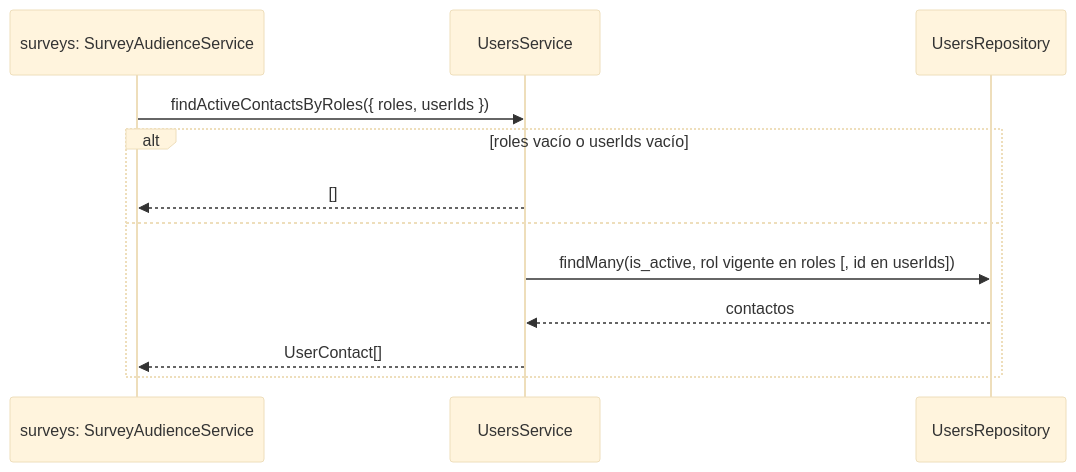
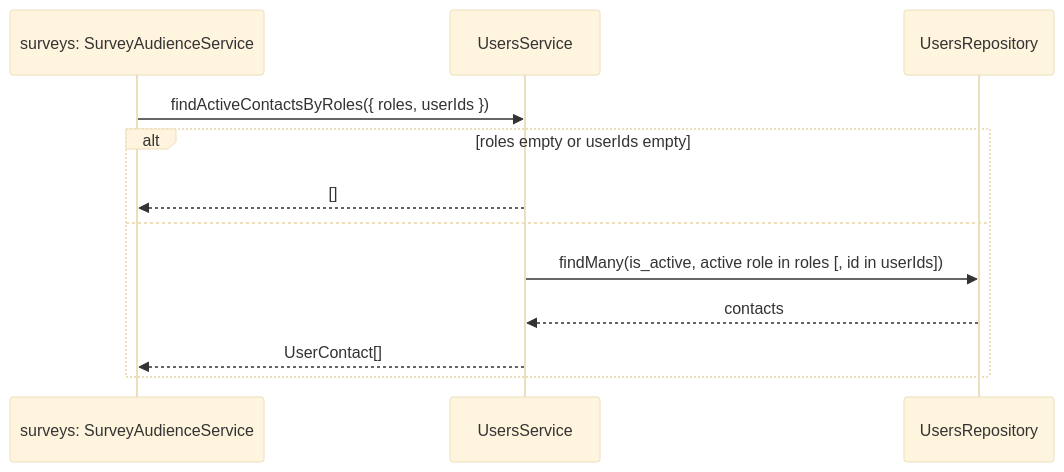
One commit to UMSSY/umssy-app changed the second of 2 diagrams in docs/users/README.md. Above: the diagram before and after it, drawn with Mermaid (base theme). The commit also changed other lines of this file and 8 other files, not shown here.

````diff
--- a/docs/users/README.md
+++ b/docs/users/README.md
@@ -22,14 +22,14 @@
 ```mermaid
 sequenceDiagram
   participant SA as surveys: SurveyAudienceService
   participant US as UsersService
   participant UR as UsersRepository
   SA->>US: findActiveContactsByRoles({ roles, userIds })
-  alt roles vacío o userIds vacío
+  alt roles empty or userIds empty
     US-->>SA: []
   else
-    US->>UR: findMany(is_active, rol vigente en roles [, id en userIds])
-    UR-->>US: contactos
+    US->>UR: findMany(is_active, active role in roles [, id in userIds])
+    UR-->>US: contacts
     US-->>SA: UserContact[]
   end
 ```
````
